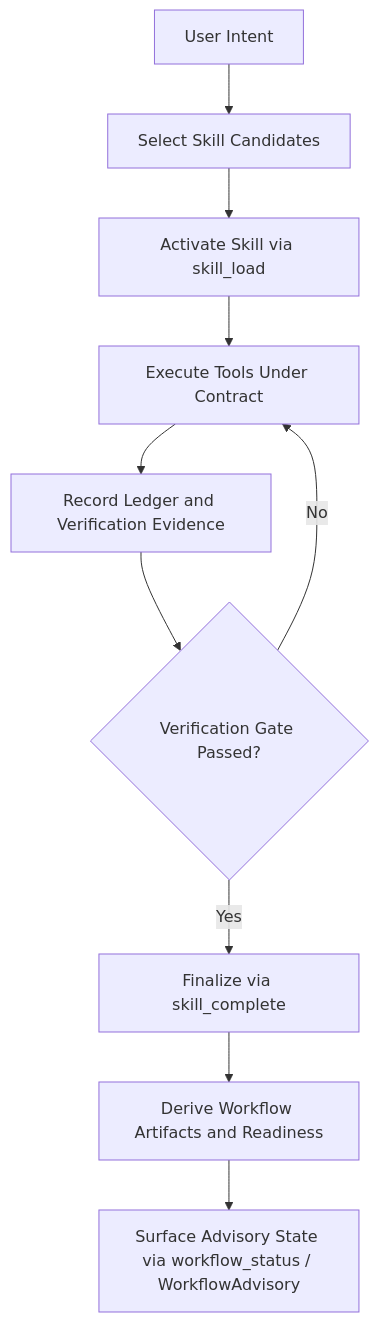
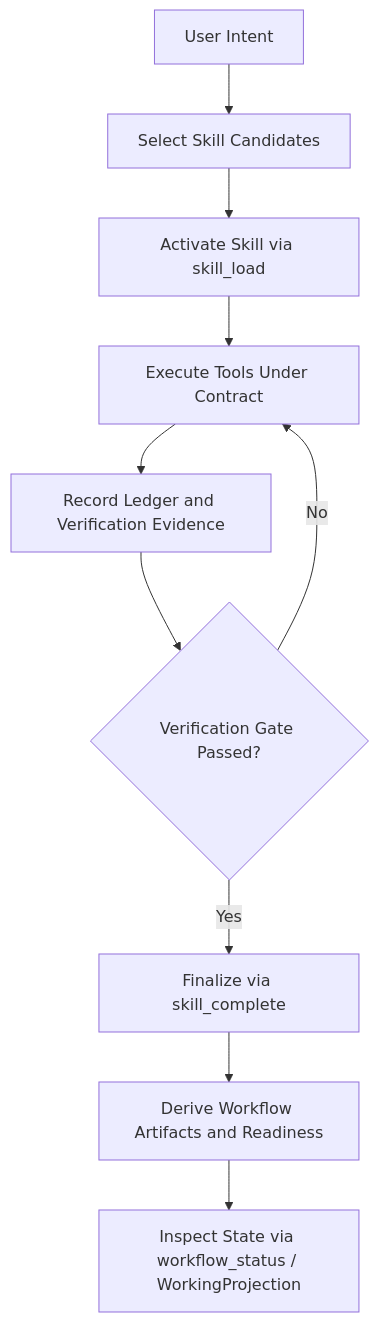
The diagram in docs/journeys/planning-to-execution.md (arcthur/Brewva), drawn with Mermaid before and after one commit. The commit also changed other lines of this file and 77 other files, not shown here.

````diff
--- a/docs/journeys/planning-to-execution.md
+++ b/docs/journeys/planning-to-execution.md
@@ -14,12 +14,12 @@
 ```mermaid
 flowchart TD
   A["User Intent"] --> B["Select Skill Candidates"]
   B --> C["Activate Skill via skill_load"]
   C --> D["Execute Tools Under Contract"]
   D --> E["Record Ledger and Verification Evidence"]
   E --> F{"Verification Gate Passed?"}
   F -->|No| D
   F -->|Yes| G["Finalize via skill_complete"]
   G --> H["Derive Workflow Artifacts and Readiness"]
-  H --> I["Surface Advisory State via workflow_status / WorkflowAdvisory"]
+  H --> I["Inspect State via workflow_status / WorkingProjection"]
 ```
````
